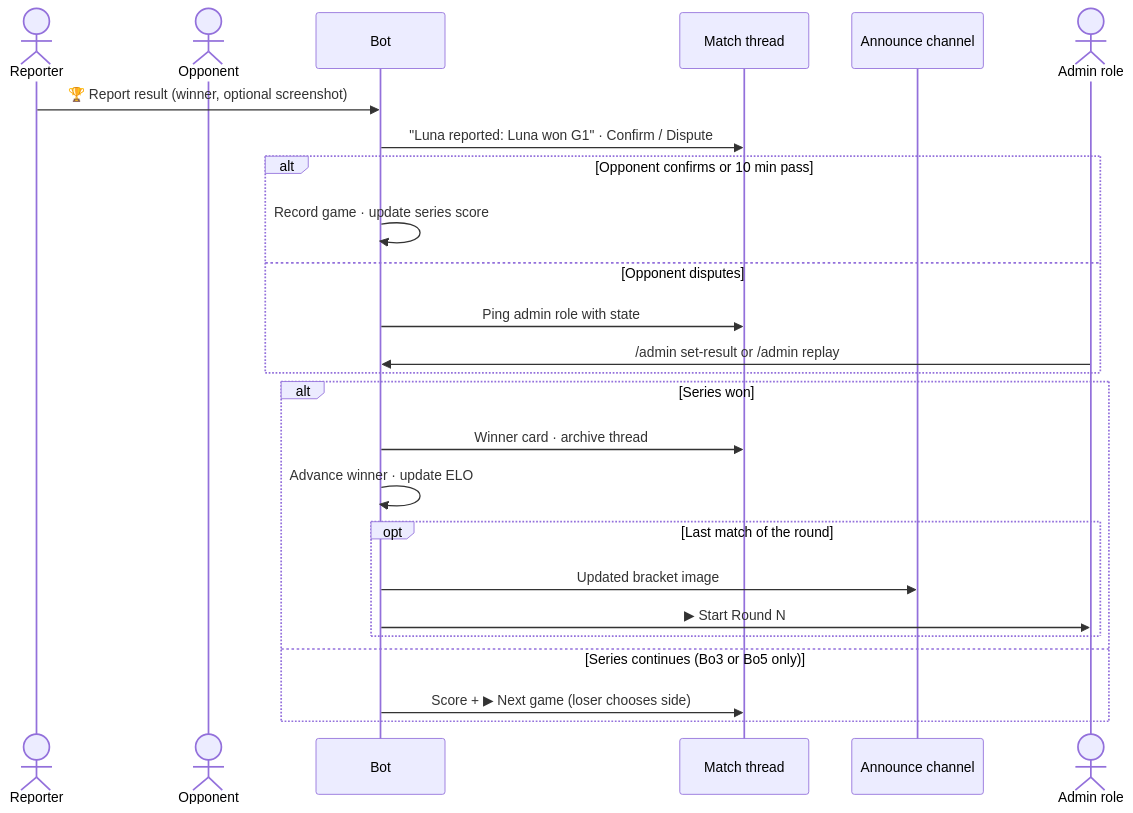
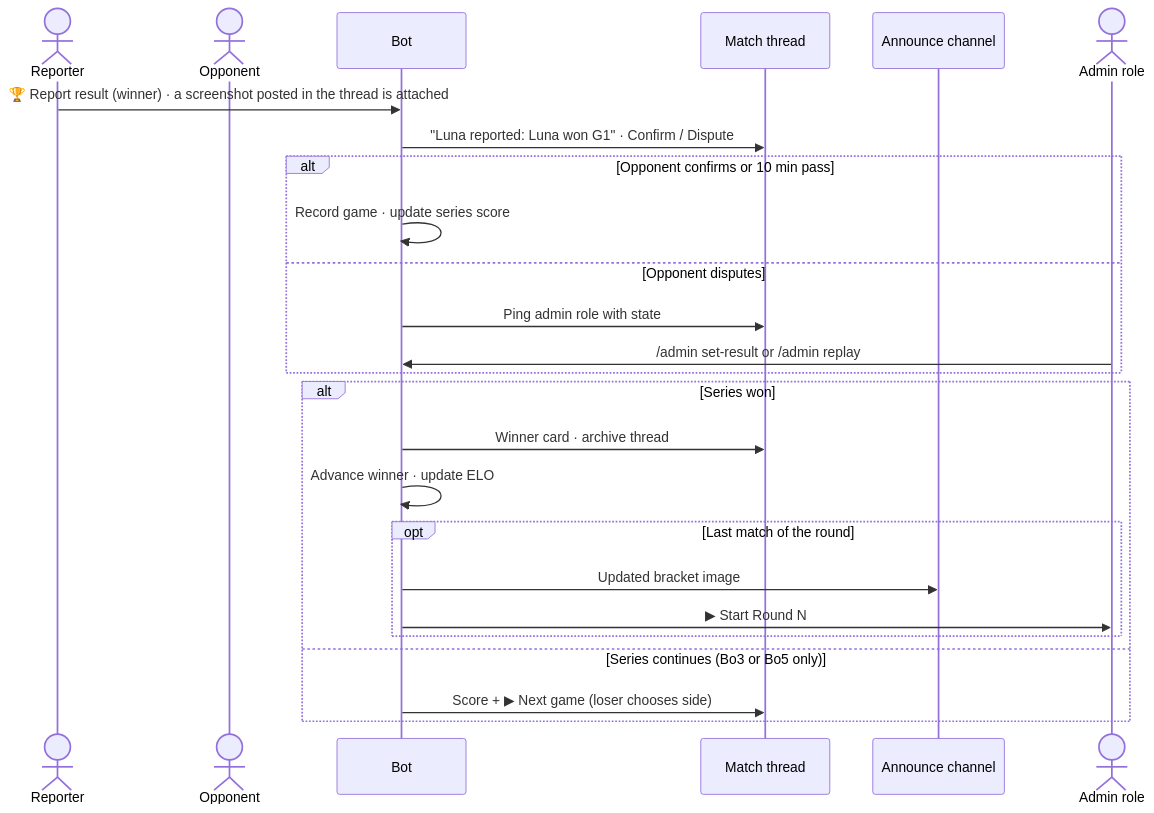
Before and after one commit to lunaxoniichan/aniimo-pvp: the eighth of 9 diagrams in docs/SYSTEM_DESIGN.md, drawn with Mermaid. The commit also changed other lines of this file and 1 other file, not shown here.

````diff
--- a/docs/SYSTEM_DESIGN.md
+++ b/docs/SYSTEM_DESIGN.md
@@ -272,27 +305,27 @@
 ```mermaid
 sequenceDiagram
   actor R as Reporter
   actor O as Opponent
   participant Bot
   participant T as Match thread
   participant Ann as Announce channel
   actor Adm as Admin role
-  R->>Bot: 🏆 Report result (winner, optional screenshot)
+  R->>Bot: 🏆 Report result (winner) · a screenshot posted in the thread is attached
   Bot->>T: "Luna reported: Luna won G1" · Confirm / Dispute
   alt Opponent confirms or 10 min pass
     Bot->>Bot: Record game · update series score
   else Opponent disputes
     Bot->>T: Ping admin role with state
     Adm->>Bot: /admin set-result or /admin replay
   end
   alt Series won
     Bot->>T: Winner card · archive thread
     Bot->>Bot: Advance winner · update ELO
     opt Last match of the round
       Bot->>Ann: Updated bracket image
       Bot->>Adm: ▶ Start Round N
     end
   else Series continues (Bo3 or Bo5 only)
     Bot->>T: Score + ▶ Next game (loser chooses side)
   end
 ```
````
